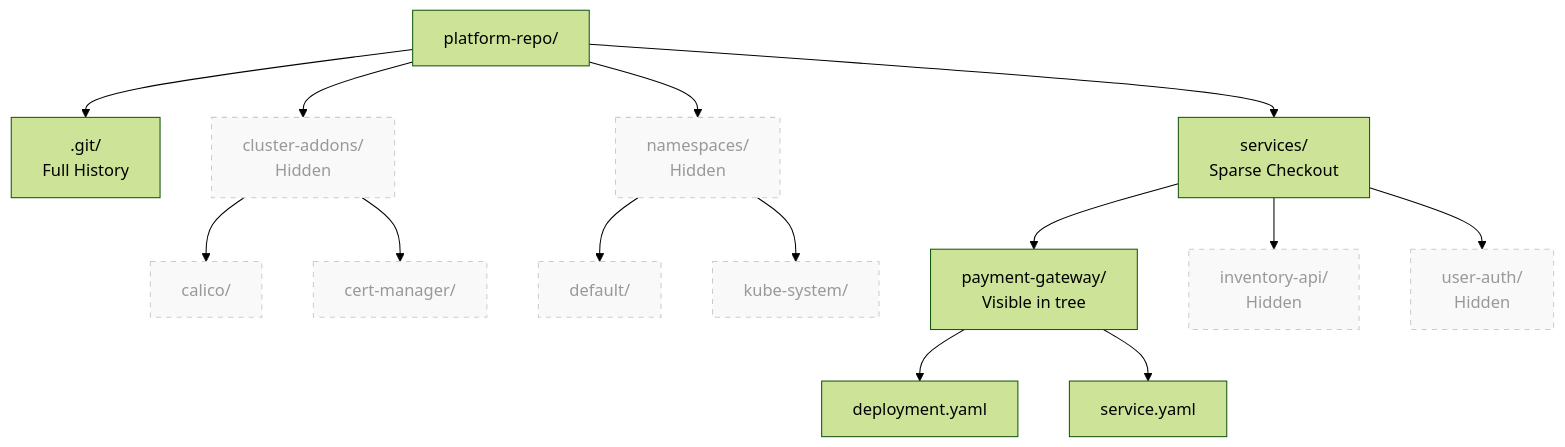
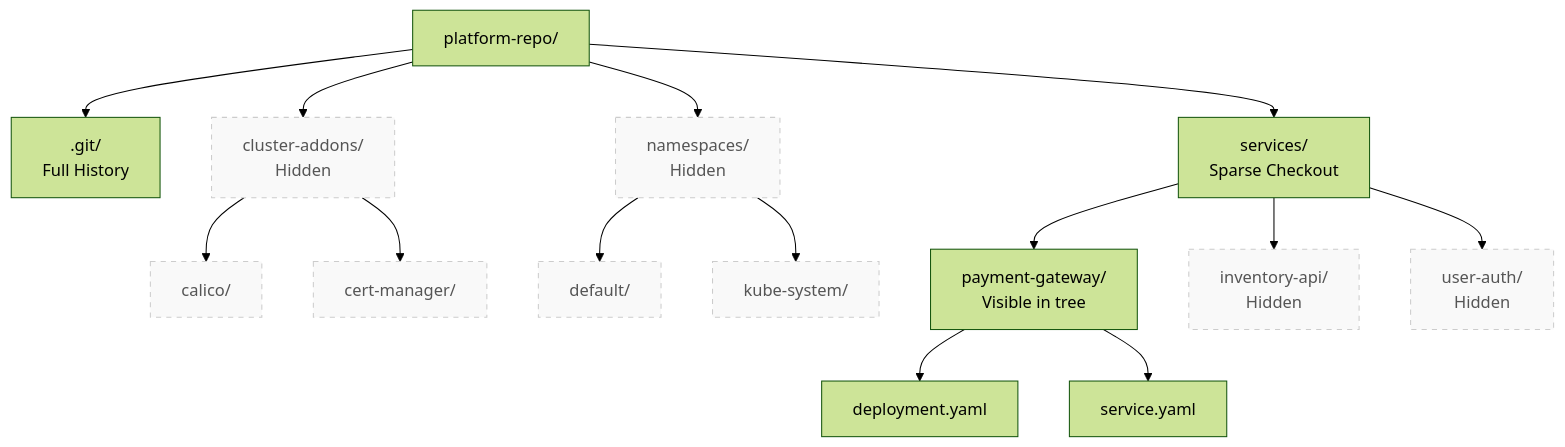
The first of 3 diagrams in src/content/docs/prerequisites/git-deep-dive/module-8-scale.md (kube-dojo/kube-dojo.github.io), drawn with Mermaid (forest theme) before and after one commit. The commit also changed 4 other files, not shown here.

Commit message:
fix(ui): retain legible labels when restoring diagram colors (#3444)

````diff
--- a/src/content/docs/prerequisites/git-deep-dive/module-8-scale.md
+++ b/src/content/docs/prerequisites/git-deep-dive/module-8-scale.md
@@ -42,34 +42,34 @@
 ```mermaid
 graph TD
     PR["platform-repo/"]
     GIT[".git/ <br> Full History"]
     CA["cluster-addons/ <br> Hidden"]
     CAL["calico/"]
     CERT["cert-manager/"]
     NS["namespaces/ <br> Hidden"]
     DEF["default/"]
     KS["kube-system/"]
     SVC["services/ <br> Sparse Checkout"]
     PG["payment-gateway/ <br> Visible in tree"]
     DEP["deployment.yaml"]
     SER["service.yaml"]
     INV["inventory-api/ <br> Hidden"]
     UA["user-auth/ <br> Hidden"]
 
     PR --> GIT
     PR --> CA
     CA --> CAL
     CA --> CERT
     PR --> NS
     NS --> DEF
     NS --> KS
     PR --> SVC
     SVC --> PG
     PG --> DEP
     PG --> SER
     SVC --> INV
     SVC --> UA
 
-    classDef hidden stroke-dasharray: 5 5, color: #999, fill: #f9f9f9, stroke: #ccc
+    classDef hidden stroke-dasharray: 5 5, color: #555, fill: #f9f9f9, stroke: #ccc
     class CA,CAL,CERT,NS,DEF,KS,INV,UA hidden;
 ```
````
